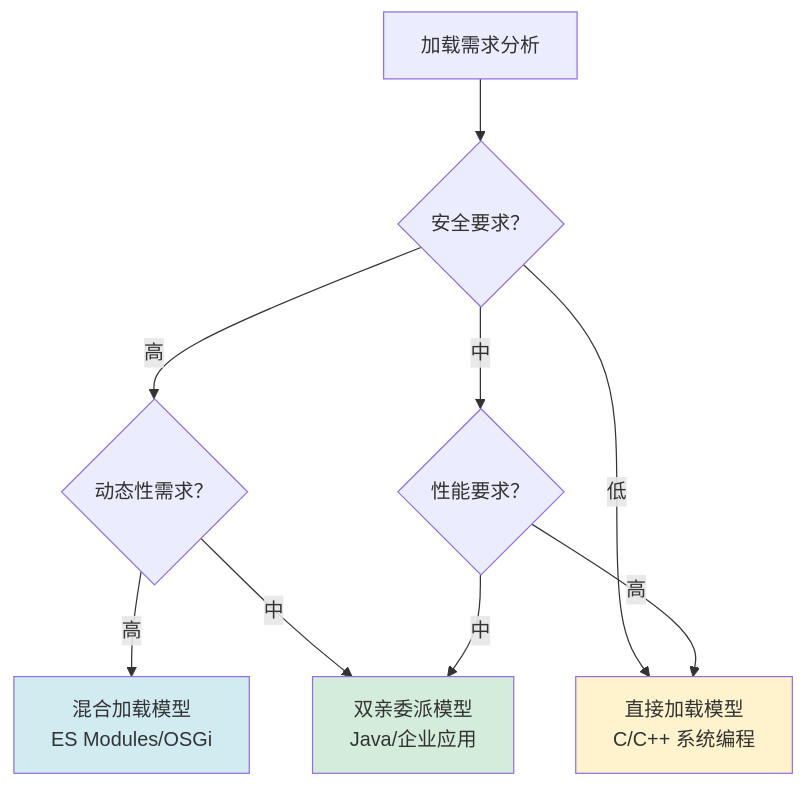
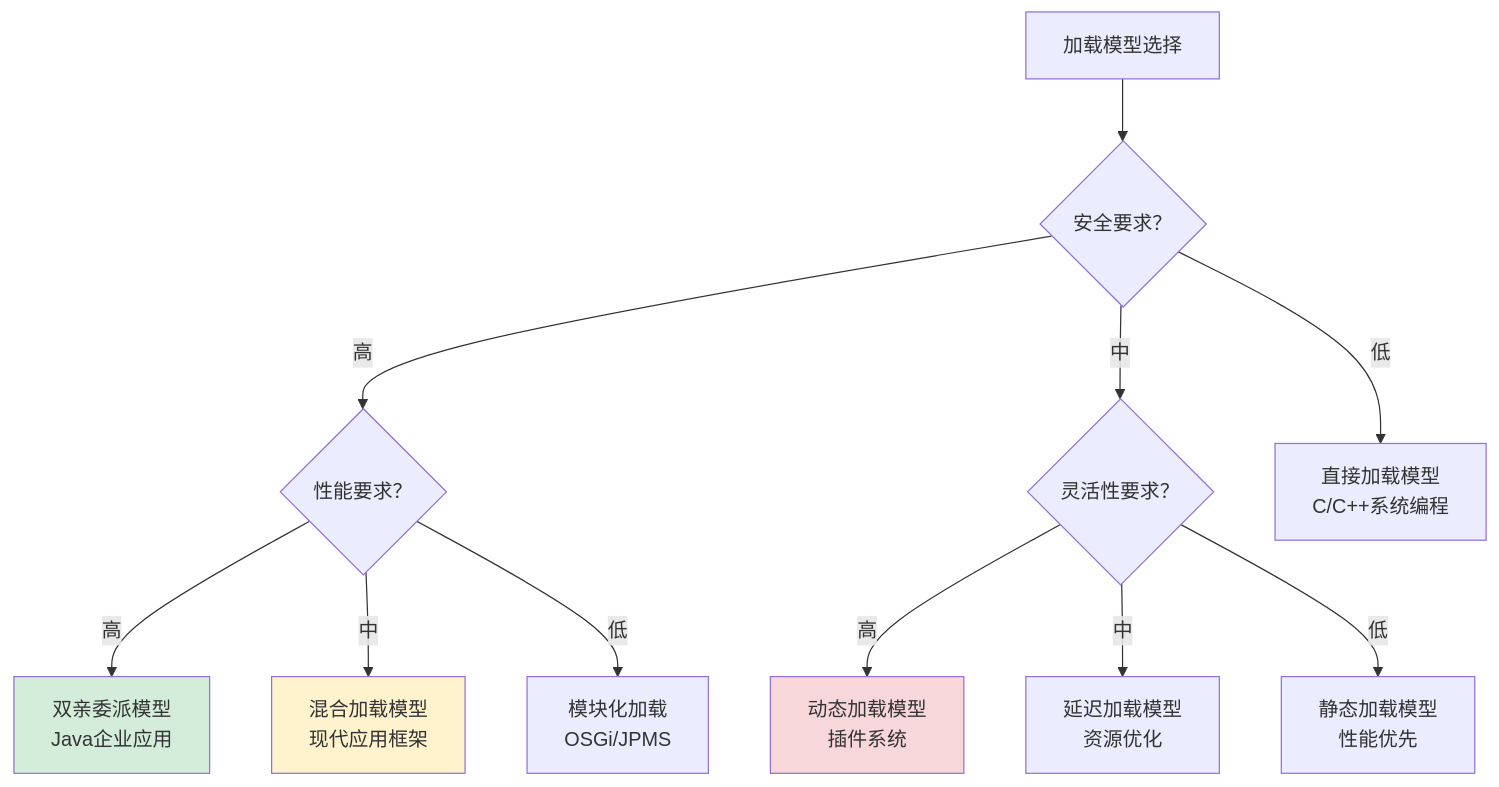
Before and after one commit to chongyang211/YCBookBlog: diagram 14 of 30 in 00.通用技术的提升/02.程序编程原理/07.类的加载核心原理.md, drawn with Mermaid. The commit also changed other lines of this file and 5 other files, not shown here.

````diff
--- a/00.通用技术的提升/02.程序编程原理/07.类的加载核心原理.md
+++ b/00.通用技术的提升/02.程序编程原理/07.类的加载核心原理.md
@@ -333,18 +1931,20 @@
 ```mermaid
 flowchart TD
-    A[加载需求分析] --> B{安全要求？}
+    A[加载模型选择] --> B{安全要求？}
     
-    B -->|高| C{动态性需求？}
-    B -->|中| D{性能要求？}
-    B -->|低| E[直接加载模型<br/>C/C++ 系统编程]
+    B -->|高| C{性能要求？}
+    B -->|中| D{灵活性要求？}
+    B -->|低| E[直接加载模型<br/>C/C++系统编程]
     
-    C -->|高| F[混合加载模型<br/>ES Modules/OSGi]
-    C -->|中| G[双亲委派模型<br/>Java/企业应用]
+    C -->|高| F[双亲委派模型<br/>Java企业应用]
+    C -->|中| G[混合加载模型<br/>现代应用框架]
+    C -->|低| H[模块化加载<br/>OSGi/JPMS]
     
-    D -->|高| E
-    D -->|中| G
+    D -->|高| I[动态加载模型<br/>插件系统]
+    D -->|中| J[延迟加载模型<br/>资源优化]
+    D -->|低| K[静态加载模型<br/>性能优先]
     
-    style E fill:#fff3cd
-    style G fill:#d4edda
-    style F fill:#d1ecf1
+    style F fill:#d4edda
+    style G fill:#fff3cd
+    style I fill:#f8d7da
 ```
````
